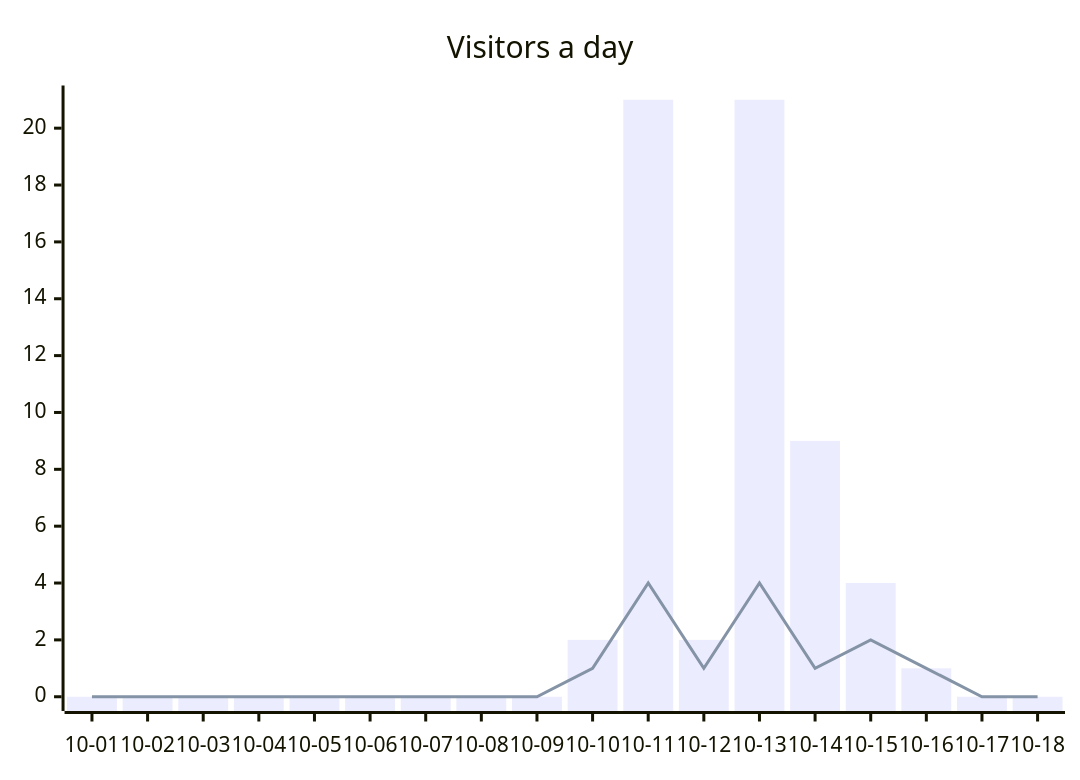
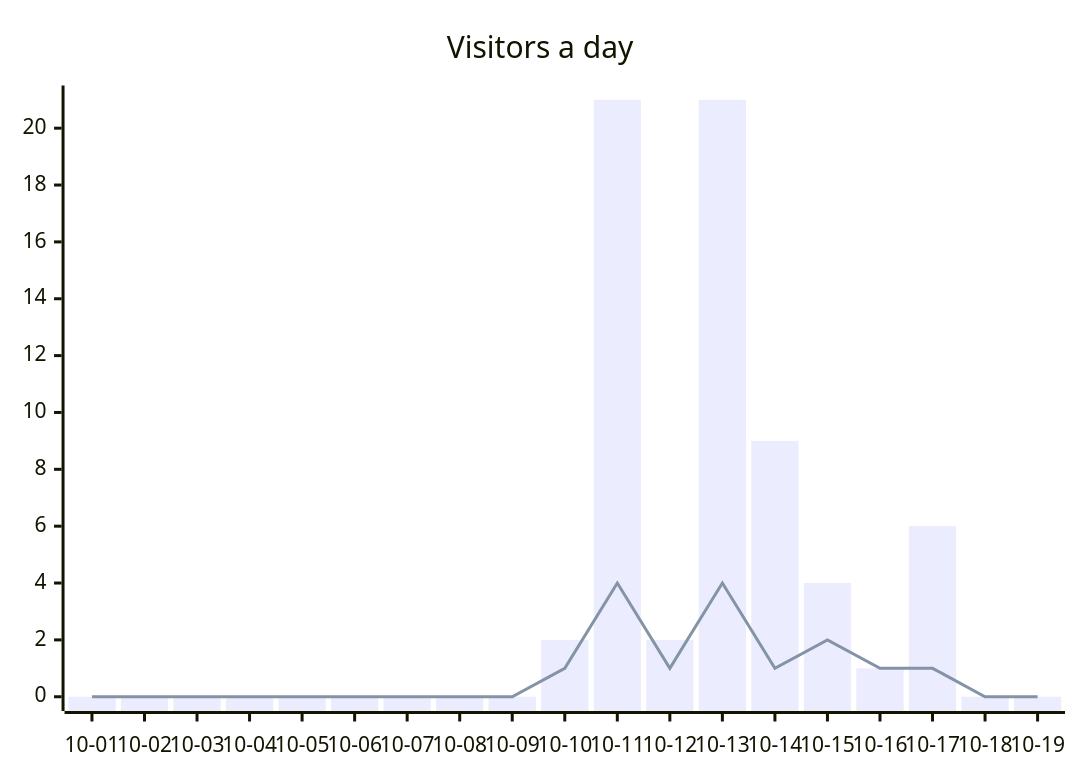
One commit to ArtemkaGoldMan/ContextSwitcher changed the second of 2 diagrams in README.md. Above: the diagram before and after it, drawn with Mermaid. The commit also changed other lines of this file and 5 other files, not shown here.

````diff
--- a/README.md
+++ b/README.md
@@ -40,7 +40,7 @@
 ```mermaid
 xychart-beta
     title "Visitors a day"
-    x-axis ["10-01", "10-02", "10-03", "10-04", "10-05", "10-06", "10-07", "10-08", "10-09", "10-10", "10-11", "10-12", "10-13", "10-14", "10-15", "10-16", "10-17", "10-18"]
-    bar [0, 0, 0, 0, 0, 0, 0, 0, 0, 2, 21, 2, 21, 9, 4, 1, 0, 0]
-    line [0, 0, 0, 0, 0, 0, 0, 0, 0, 1, 4, 1, 4, 1, 2, 1, 0, 0]
+    x-axis ["10-01", "10-02", "10-03", "10-04", "10-05", "10-06", "10-07", "10-08", "10-09", "10-10", "10-11", "10-12", "10-13", "10-14", "10-15", "10-16", "10-17", "10-18", "10-19"]
+    bar [0, 0, 0, 0, 0, 0, 0, 0, 0, 2, 21, 2, 21, 9, 4, 1, 6, 0, 0]
+    line [0, 0, 0, 0, 0, 0, 0, 0, 0, 1, 4, 1, 4, 1, 2, 1, 1, 0, 0]
 ```
````
